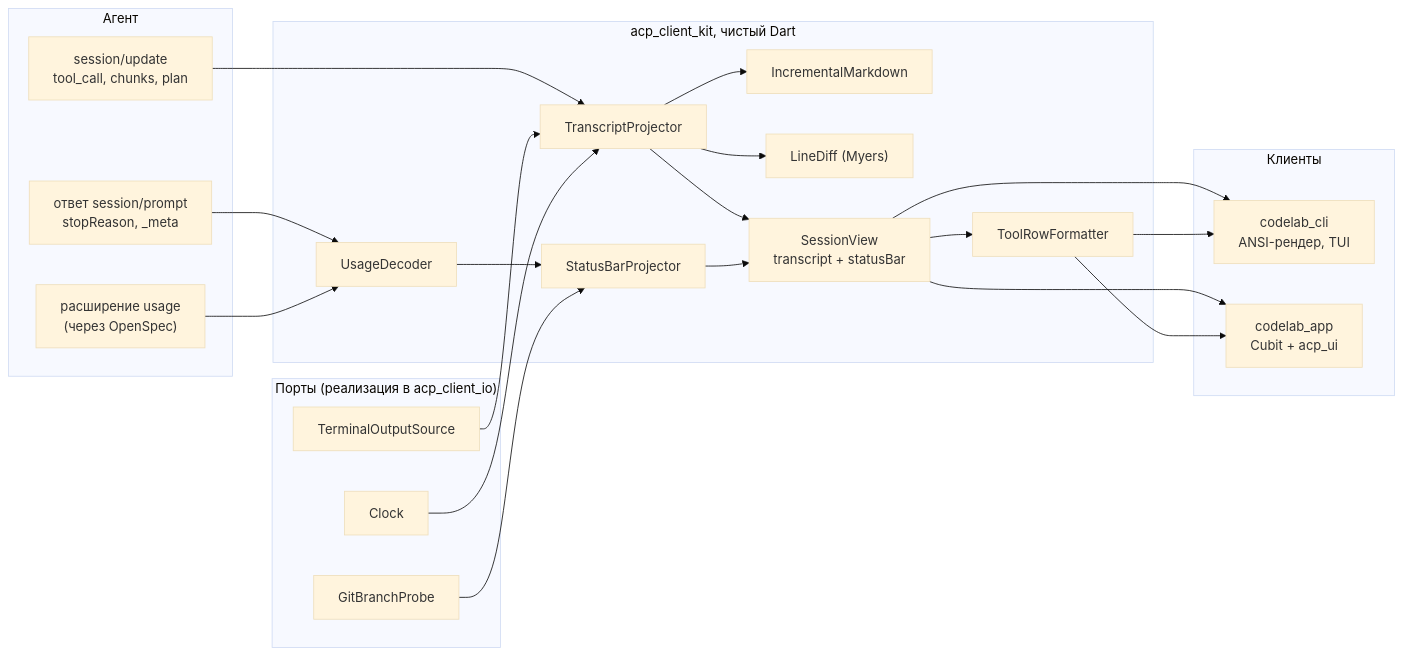
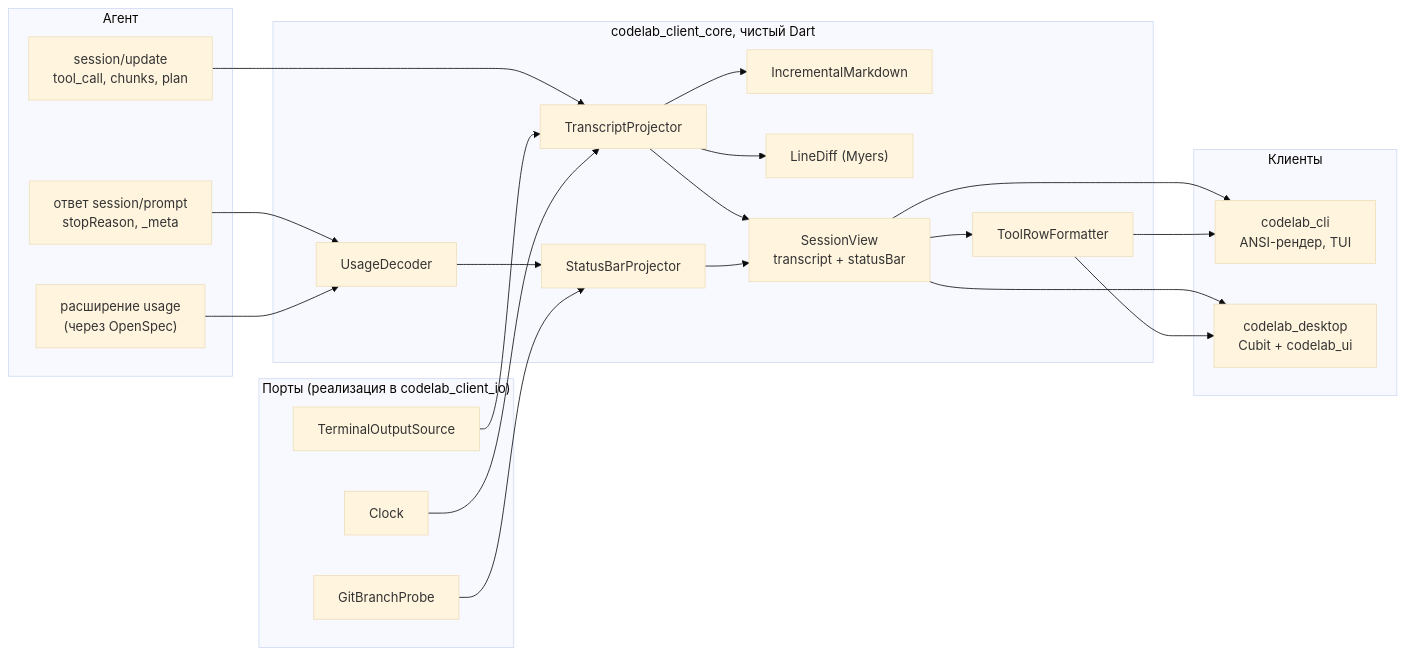
Before and after one commit to pese-git/codelab-app: the diagram in docs/architecture/proposals/dart-agent-and-clients/12-1-view-model.md, drawn with Mermaid (base theme). The commit also changed other lines of this file and 608 other files, not shown here.

First line of the commit message:
refactor: переименовать пакеты по схеме codelab_<сторона>_<слой> (ADR-0002)

````diff
--- a/docs/architecture/proposals/dart-agent-and-clients/12-1-view-model.md
+++ b/docs/architecture/proposals/dart-agent-and-clients/12-1-view-model.md
@@ -20,42 +20,42 @@
 ```mermaid
 flowchart LR
     subgraph Agent["Агент"]
         SU["session/update<br/>tool_call, chunks, plan"]
         PR["ответ session/prompt<br/>stopReason, _meta"]
         UX["расширение usage<br/>(через OpenSpec)"]
     end
-    subgraph Kit["acp_client_kit, чистый Dart"]
+    subgraph Kit["codelab_client_core, чистый Dart"]
         TP["TranscriptProjector"]
         MD["IncrementalMarkdown"]
         DF["LineDiff (Myers)"]
         UD["UsageDecoder"]
         SB["StatusBarProjector"]
         TR["ToolRowFormatter"]
         SV["SessionView<br/>transcript + statusBar"]
     end
-    subgraph Ports["Порты (реализация в acp_client_io)"]
+    subgraph Ports["Порты (реализация в codelab_client_io)"]
         GB["GitBranchProbe"]
         TO["TerminalOutputSource"]
         CL["Clock"]
     end
     subgraph Clients["Клиенты"]
         CLI["codelab_cli<br/>ANSI-рендер, TUI"]
-        APP["codelab_app<br/>Cubit + acp_ui"]
+        APP["codelab_desktop<br/>Cubit + codelab_ui"]
     end
     SU --> TP
     PR --> UD
     UX --> UD
     TP --> MD
     TP --> DF
     TP --> SV
     UD --> SB
     GB --> SB
     TO --> TP
     CL --> TP
     SB --> SV
     SV --> TR
     SV --> CLI
     TR --> CLI
     SV --> APP
     TR --> APP
 ```
````
